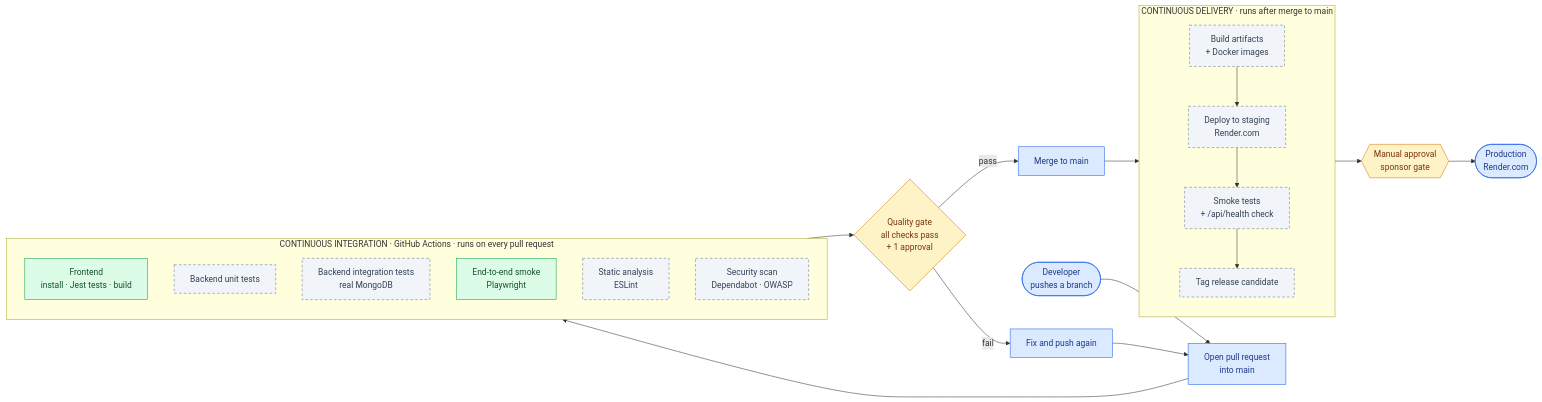
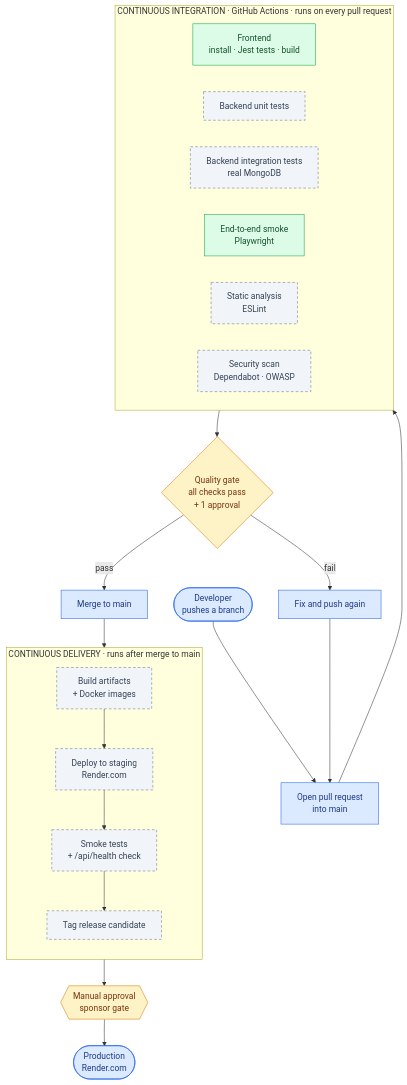
The diagram in README.md (IT7993-FALL-2026-PEERS/ProjectPeerEvaluation), drawn with Mermaid before and after one commit.

Commit message:
README: lay the CI/CD pipeline diagram out top to bottom

````diff
--- a/README.md
+++ b/README.md
@@ -53,43 +53,43 @@
 ```mermaid
-flowchart LR
+flowchart TB
     DEV(["Developer<br/>pushes a branch"]) --> PR["Open pull request<br/>into main"]
 
     subgraph CI["CONTINUOUS INTEGRATION · GitHub Actions · runs on every pull request"]
-        direction TB
+        direction LR
         FE["Frontend<br/>install · Jest tests · build"]
         BEU["Backend unit tests"]
         BEI["Backend integration tests<br/>real MongoDB"]
         E2E["End-to-end smoke<br/>Playwright"]
         LINT["Static analysis<br/>ESLint"]
         SEC["Security scan<br/>Dependabot · OWASP"]
     end
 
     PR --> CI
     CI --> GATE{"Quality gate<br/>all checks pass<br/>+ 1 approval"}
     GATE -- "fail" --> FIX["Fix and push again"]
     FIX --> PR
     GATE -- "pass" --> MERGE["Merge to main"]
 
     subgraph CD["CONTINUOUS DELIVERY · runs after merge to main"]
         direction TB
         BUILD["Build artifacts<br/>+ Docker images"]
         STG["Deploy to staging<br/>Render.com"]
         SMOKE["Smoke tests<br/>+ /api/health check"]
         RC["Tag release candidate"]
         BUILD --> STG --> SMOKE --> RC
     end
 
     MERGE --> BUILD
     RC --> APPROVE{{"Manual approval<br/>sponsor gate"}}
     APPROVE --> PROD(["Production<br/>Render.com"])
 
     classDef done fill:#dcfce7,stroke:#16a34a,color:#14532d
     classDef planned fill:#f1f5f9,stroke:#64748b,color:#334155,stroke-dasharray: 5 4
     classDef gate fill:#fef3c7,stroke:#d97706,color:#78350f
     classDef endpoint fill:#dbeafe,stroke:#2563eb,color:#1e3a8a
 
     class FE,E2E done
     class BEU,BEI,LINT,SEC,BUILD,STG,SMOKE,RC planned
     class GATE,APPROVE gate
     class DEV,PROD,PR,MERGE,FIX endpoint
 ```
````
